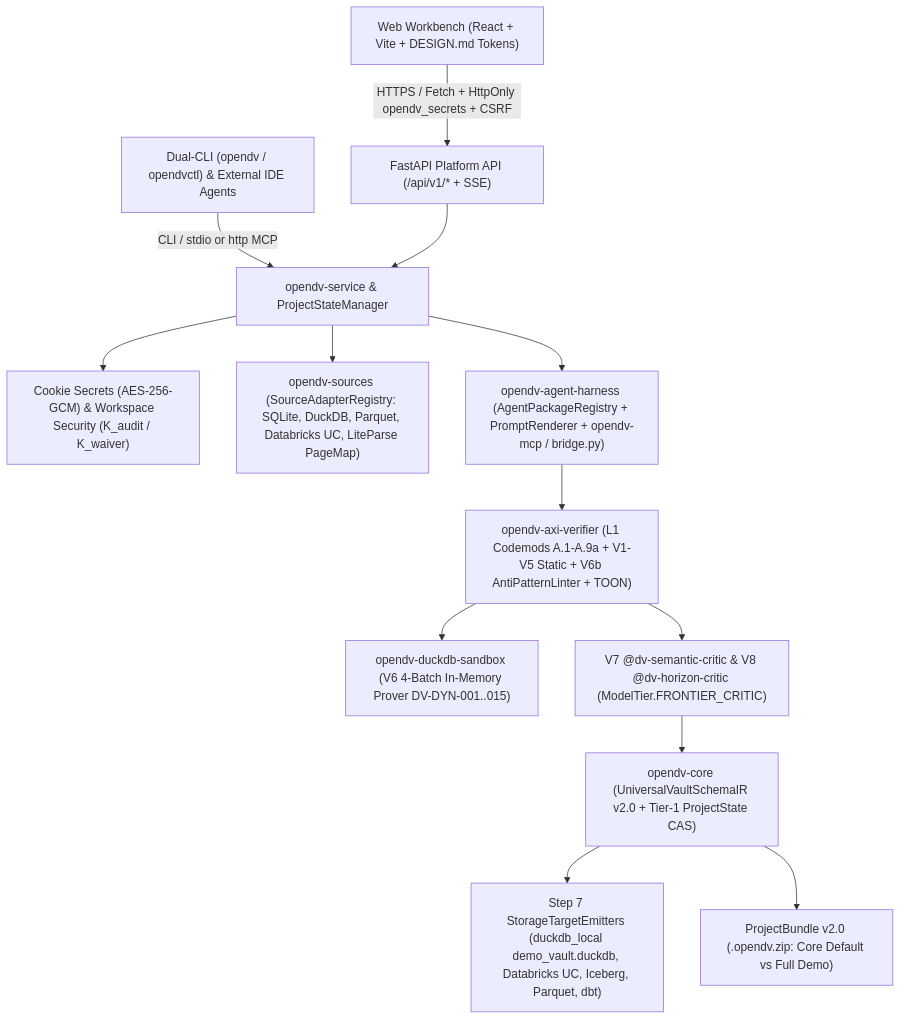
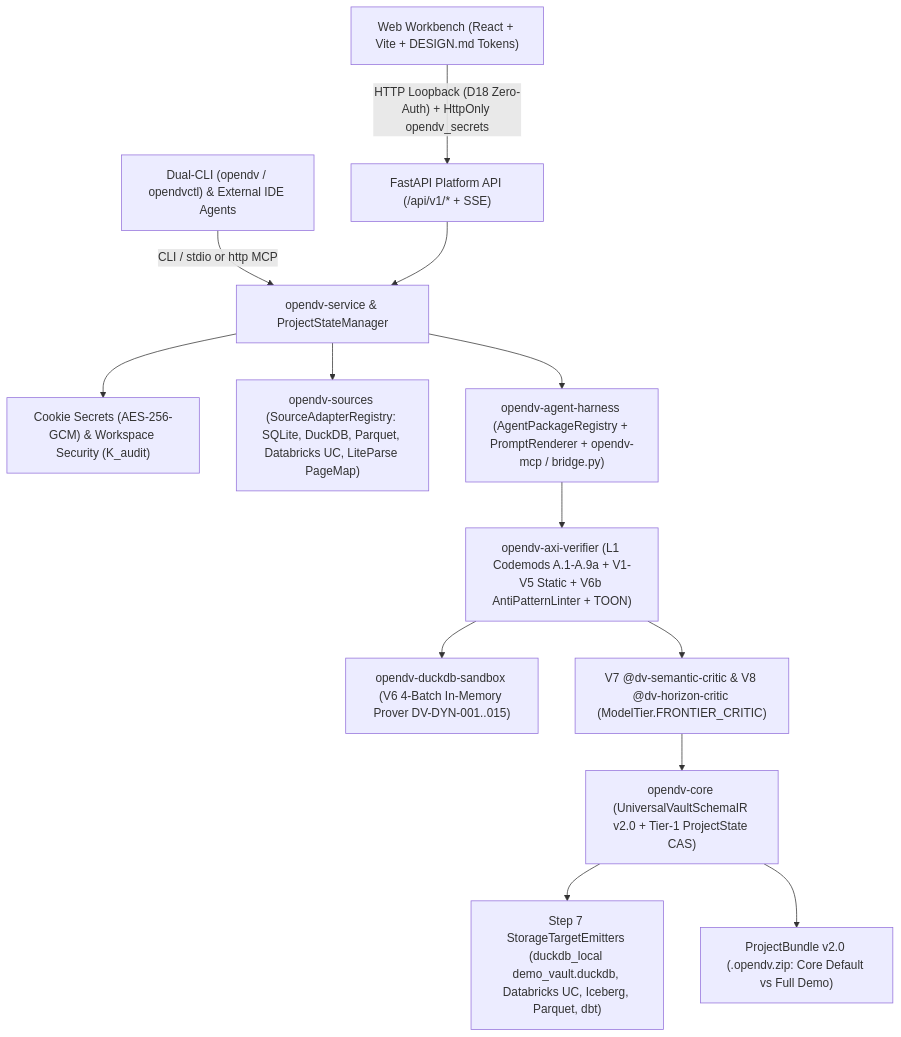
One commit to nogoo9/open-dv changed the diagram in docs/31-v2-e2e-requirements-gaps-and-uat-spec.md. Above: the diagram before and after it, drawn with Mermaid. The commit also changed other lines of this file and 77 other files, not shown here.

````diff
--- a/docs/31-v2-e2e-requirements-gaps-and-uat-spec.md
+++ b/docs/31-v2-e2e-requirements-gaps-and-uat-spec.md
@@ -47,15 +56,15 @@
 ```mermaid
 flowchart TD
-    UI["Web Workbench (React + Vite + DESIGN.md Tokens)"] -- "HTTPS / Fetch + HttpOnly opendv_secrets + CSRF" --> API["FastAPI Platform API (/api/v1/* + SSE)"]
+    UI["Web Workbench (React + Vite + DESIGN.md Tokens)"] -- "HTTP Loopback (D18 Zero-Auth) + HttpOnly opendv_secrets" --> API["FastAPI Platform API (/api/v1/* + SSE)"]
     CLI["Dual-CLI (opendv / opendvctl) & External IDE Agents"] -- "CLI / stdio or http MCP" --> SVC["opendv-service & ProjectStateManager"]
     API --> SVC
-    SVC --> SEC["Cookie Secrets (AES-256-GCM) & Workspace Security (K_audit / K_waiver)"]
+    SVC --> SEC["Cookie Secrets (AES-256-GCM) & Workspace Security (K_audit)"]
     SVC --> SRC["opendv-sources (SourceAdapterRegistry: SQLite, DuckDB, Parquet, Databricks UC, LiteParse PageMap)"]
     SVC --> HAR["opendv-agent-harness (AgentPackageRegistry + PromptRenderer + opendv-mcp / bridge.py)"]
     HAR --> VER["opendv-axi-verifier (L1 Codemods A.1-A.9a + V1-V5 Static + V6b AntiPatternLinter + TOON)"]
     VER --> DDB["opendv-duckdb-sandbox (V6 4-Batch In-Memory Prover DV-DYN-001..015)"]
     VER --> CRIT["V7 @dv-semantic-critic & V8 @dv-horizon-critic (ModelTier.FRONTIER_CRITIC)"]
     CRIT --> CORE["opendv-core (UniversalVaultSchemaIR v2.0 + Tier-1 ProjectState CAS)"]
     CORE --> EMIT["Step 7 StorageTargetEmitters (duckdb_local demo_vault.duckdb, Databricks UC, Iceberg, Parquet, dbt)"]
     CORE --> BND["ProjectBundle v2.0 (.opendv.zip: Core Default vs Full Demo)"]
 ```
````
